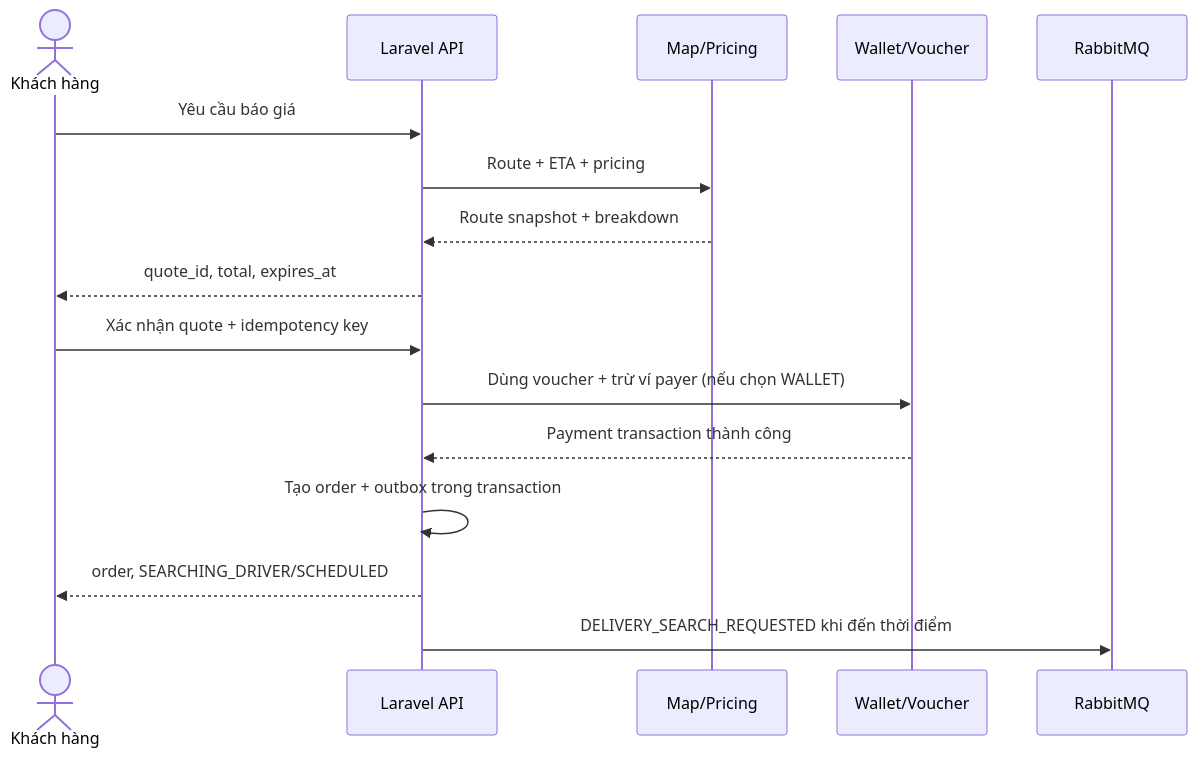
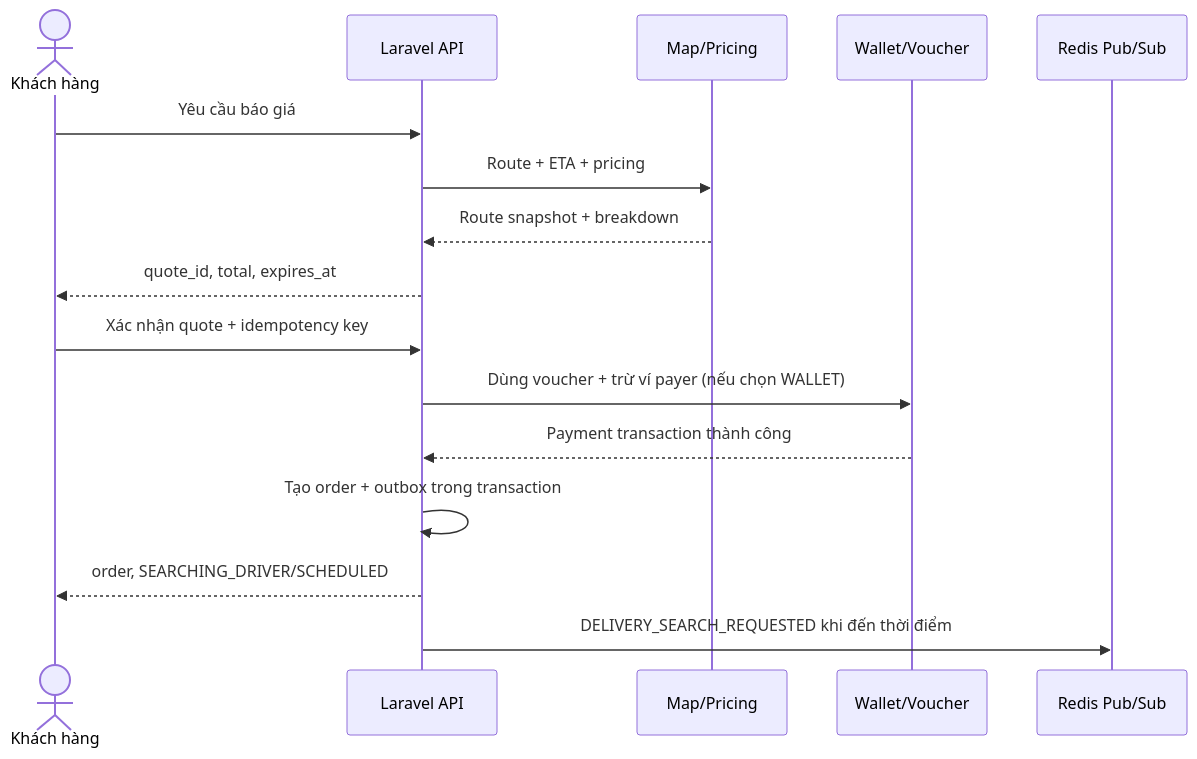
Before and after one commit to Truonghocdot/graduation_project: the diagram in docs/flows/03-delivery-tao-don.md, drawn with Mermaid. The commit also changed 15 other files, not shown here.

````diff
--- a/docs/flows/03-delivery-tao-don.md
+++ b/docs/flows/03-delivery-tao-don.md
@@ -52,18 +52,18 @@
 ```mermaid
 sequenceDiagram
     actor C as Khách hàng
     participant API as Laravel API
     participant M as Map/Pricing
     participant W as Wallet/Voucher
-    participant Q as RabbitMQ
+    participant R as Redis Pub/Sub
     C->>API: Yêu cầu báo giá
     API->>M: Route + ETA + pricing
     M-->>API: Route snapshot + breakdown
     API-->>C: quote_id, total, expires_at
     C->>API: Xác nhận quote + idempotency key
     API->>W: Dùng voucher + trừ ví payer (nếu chọn WALLET)
     W-->>API: Payment transaction thành công
     API->>API: Tạo order + outbox trong transaction
     API-->>C: order, SEARCHING_DRIVER/SCHEDULED
-    API->>Q: DELIVERY_SEARCH_REQUESTED khi đến thời điểm
+    API->>R: DELIVERY_SEARCH_REQUESTED khi đến thời điểm
 ```
````
